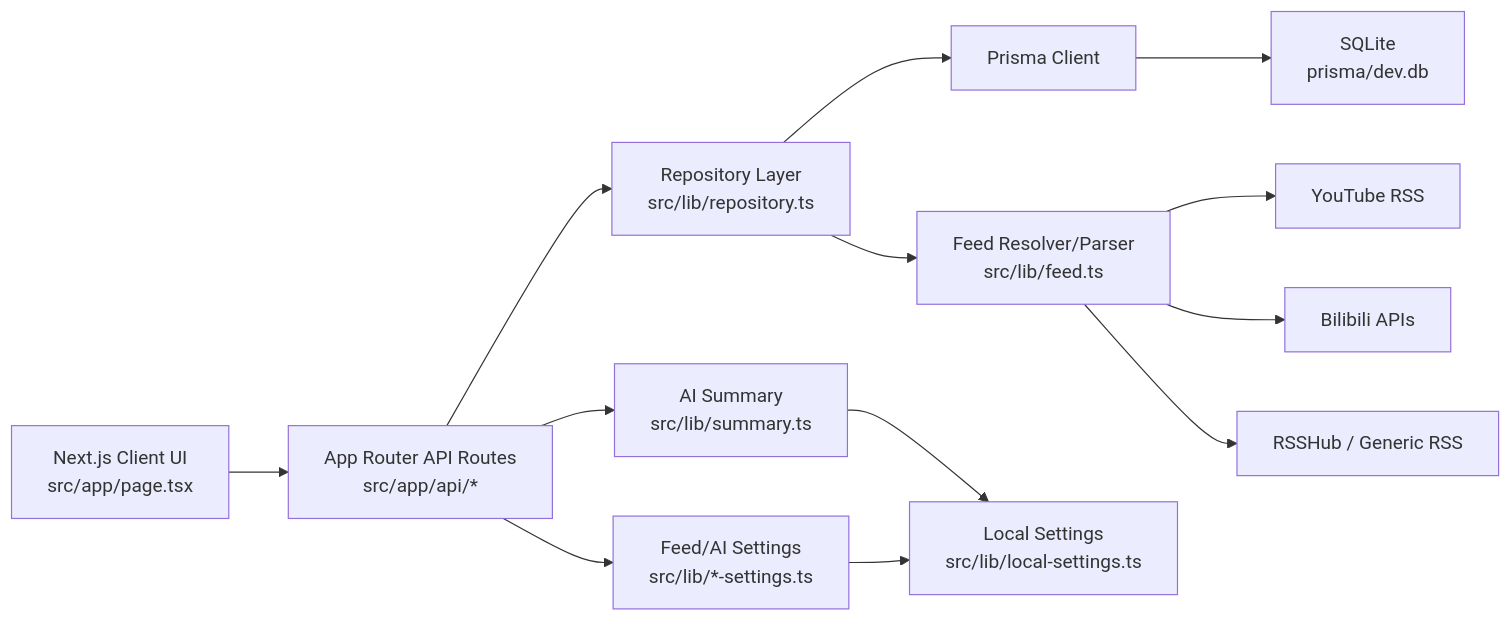
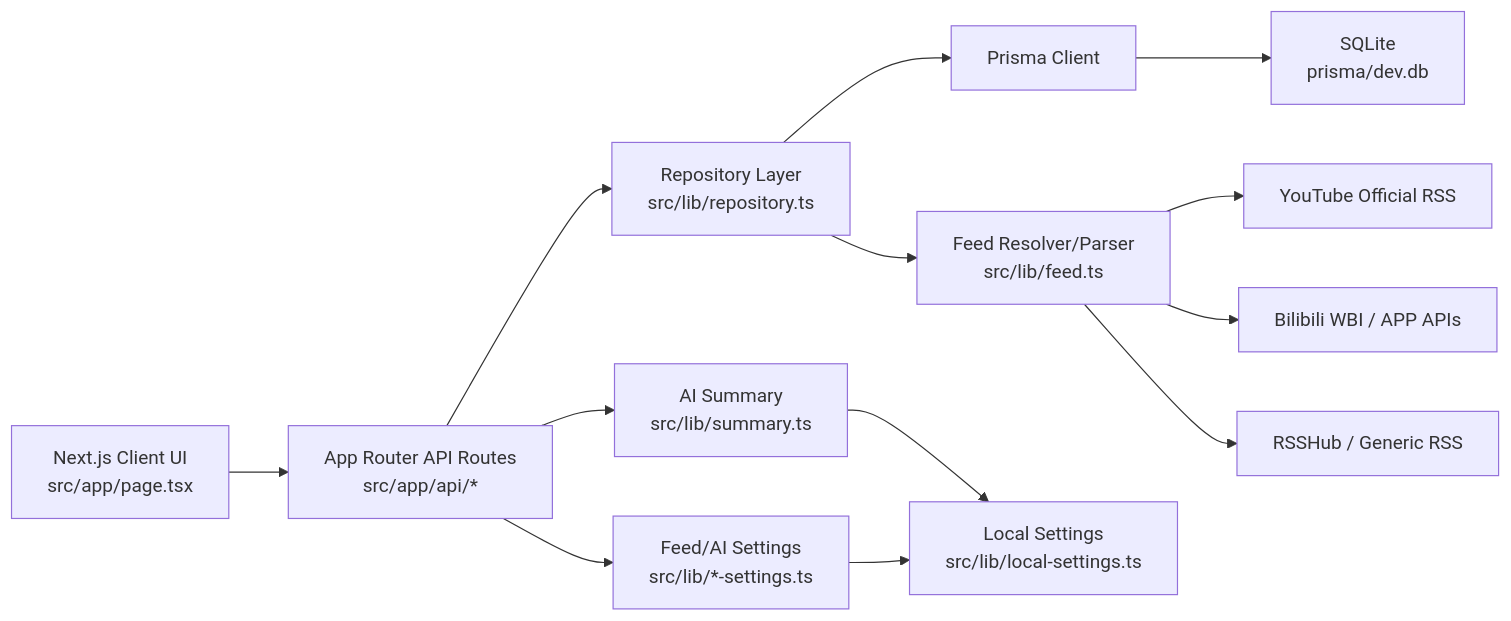
Before and after one commit to luqiming19820311/LXYAPP-lxy-reader: the diagram in project-context.md, drawn with Mermaid. The commit also changed other lines of this file and 1 other file, not shown here.

Commit message:
V5.1 版本，实现了 YouTube 、哔哩哔哩、UI布局、明暗

````diff
--- a/project-context.md
+++ b/project-context.md
@@ -209,15 +290,15 @@
 ```mermaid
 flowchart LR
   UI["Next.js Client UI\nsrc/app/page.tsx"] --> API["App Router API Routes\nsrc/app/api/*"]
   API --> Repo["Repository Layer\nsrc/lib/repository.ts"]
   Repo --> Prisma["Prisma Client"]
   Prisma --> SQLite["SQLite\nprisma/dev.db"]
   Repo --> Feed["Feed Resolver/Parser\nsrc/lib/feed.ts"]
-  Feed --> YouTube["YouTube RSS"]
-  Feed --> Bilibili["Bilibili APIs"]
+  Feed --> YouTube["YouTube Official RSS"]
+  Feed --> Bilibili["Bilibili WBI / APP APIs"]
   Feed --> RSSHub["RSSHub / Generic RSS"]
   API --> Summary["AI Summary\nsrc/lib/summary.ts"]
   Summary --> LocalSettings["Local Settings\nsrc/lib/local-settings.ts"]
   API --> Settings["Feed/AI Settings\nsrc/lib/*-settings.ts"]
   Settings --> LocalSettings
 ```
````
